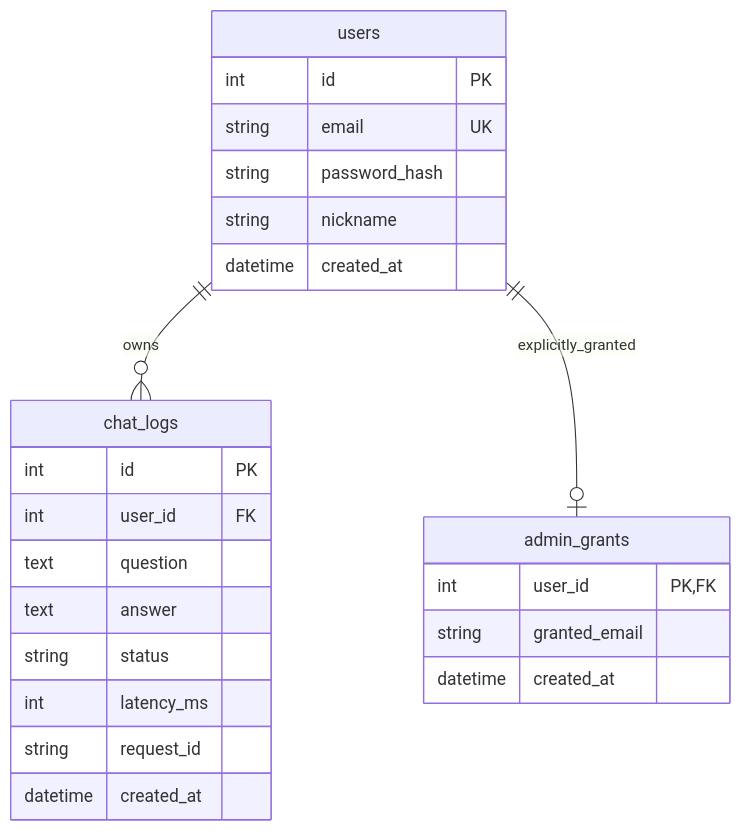
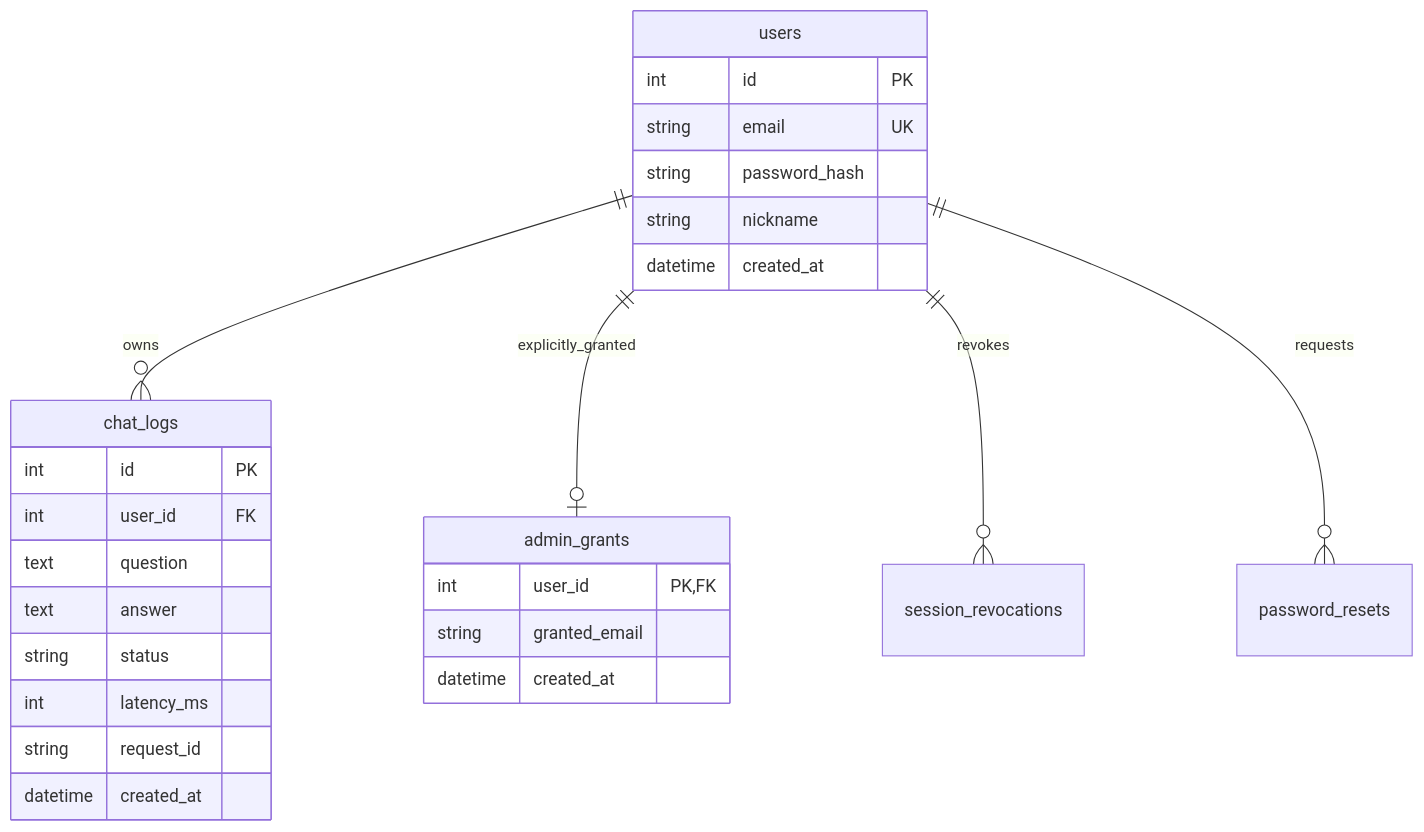
The second of 2 diagrams in README.md (codyssey-term-mission-B7-1/ai-chatbot-service), drawn with Mermaid before and after one commit. The commit also changed other lines of this file and 14 other files, not shown here.

````diff
--- a/README.md
+++ b/README.md
@@ -99,21 +110,23 @@
 ```mermaid
 erDiagram
   users ||--o{ chat_logs : owns
   users ||--o| admin_grants : explicitly_granted
+  users ||--o{ session_revocations : revokes
+  users ||--o{ password_resets : requests
   users { int id PK
     string email UK
     string password_hash
     string nickname
     datetime created_at }
   chat_logs { int id PK
     int user_id FK
     text question
     text answer
     string status
     int latency_ms
     string request_id
     datetime created_at }
   admin_grants { int user_id PK,FK
     string granted_email
     datetime created_at }
 ```
````
